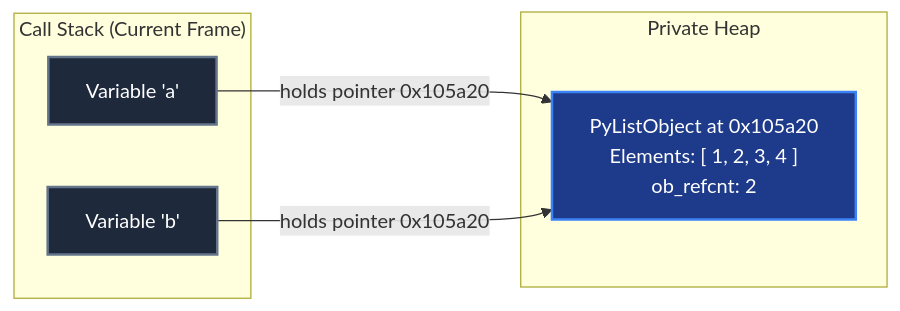
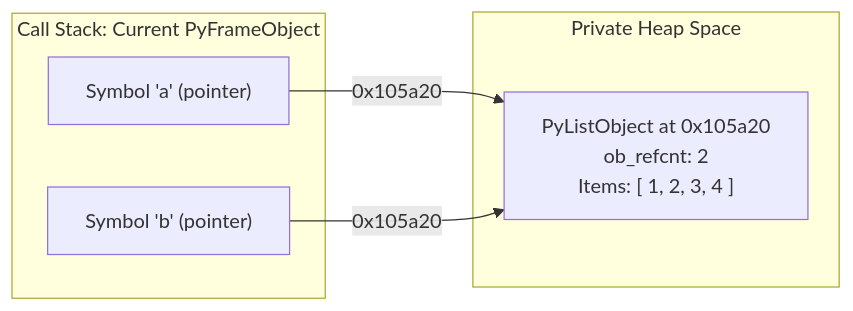
The first of 2 diagrams in src/content/docs/foundations/mental-model.mdx (AchuAshwath/Cthru-Python), drawn with Mermaid before and after one commit. The commit also changed other lines of this file and 8 other files, not shown here.

````diff
--- a/src/content/docs/foundations/mental-model.mdx
+++ b/src/content/docs/foundations/mental-model.mdx
@@ -65,18 +34,14 @@
 ```mermaid
 flowchart LR
-    subgraph Stack["Call Stack (Current Frame)"]
-        varA["Variable 'a'"]
-        varB["Variable 'b'"]
+    subgraph Stack["Call Stack: Current PyFrameObject"]
+        varA["Symbol 'a' (pointer)"]
+        varB["Symbol 'b' (pointer)"]
     end
 
-    subgraph Heap["Private Heap"]
-        listObj["PyListObject at 0x105a20<br/>Elements: [ 1, 2, 3, 4 ]<br/>ob_refcnt: 2"]
+    subgraph Heap["Private Heap Space"]
+        listObj["PyListObject at 0x105a20<br/>ob_refcnt: 2<br/>Items: [ 1, 2, 3, 4 ]"]
     end
 
-    varA -->|holds pointer 0x105a20| listObj
-    varB -->|holds pointer 0x105a20| listObj
-
-    style listObj fill:#1e3a8a,stroke:#3b82f6,stroke-width:2px,color:#fff
-    style varA fill:#1e293b,stroke:#64748b,stroke-width:2px,color:#fff
-    style varB fill:#1e293b,stroke:#64748b,stroke-width:2px,color:#fff
+    varA -->|0x105a20| listObj
+    varB -->|0x105a20| listObj
 ```
````
